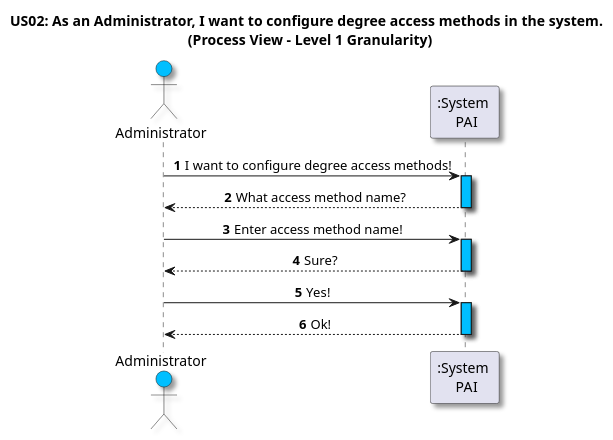
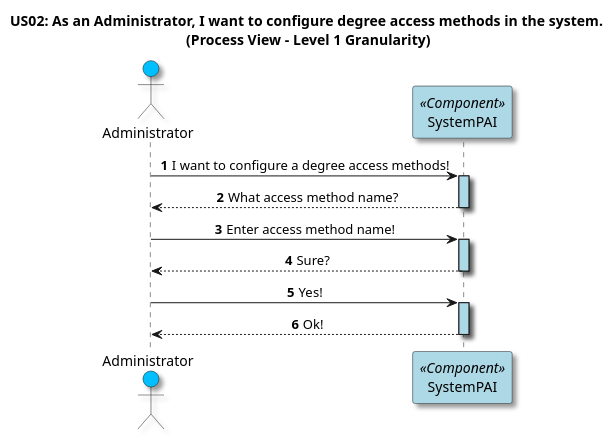
One commit to GasparISEP/DevOps-PAI changed the diagram in docs/US02/Sprint6_RestAPI/ProcessView/Level1Granularity.puml. Above: the diagram before and after it, drawn with PlantUML.

Commit message:
refactor (diagram): Update process view diagram at level 1 granularity for configure AccessMethod (#555, #538)

```diff
--- a/docs/US02/Sprint6_RestAPI/ProcessView/Level1Granularity.puml
+++ b/docs/US02/Sprint6_RestAPI/ProcessView/Level1Granularity.puml
@@ -1,30 +1,33 @@
 @startuml
 
-title US02: As an Administrator, I want to configure degree access methods in the system. \n (Process View - Level 1 Granularity)
+title US02: As an Administrator, I want to configure degree access methods in the system. \n(Process View - Level 1 Granularity)
 
 skinparam defaultTextAlignment center
 skinparam shadowing true
 
 autonumber
 
 actor Administrator as admin #DeepSkyBlue
-participant ":System \n PAI" as System
 
-admin -> System: I want to configure degree access methods!
-activate System #DeepSkyBlue
+
+participant SystemPAI as System <<Component>> #LightBlue
+
+admin -> System: I want to configure a degree access methods!
+activate System #LightBlue
 
 System --> admin: What access method name?
 deactivate System
 
 admin -> System: Enter access method name!
-activate System #DeepSkyBlue
+activate System #LightBlue
 
 System --> admin: Sure?
 deactivate System
 
 admin -> System: Yes!
-activate System #DeepSkyBlue
+activate System #LightBlue
 
 System --> admin: Ok!
 deactivate System
+
 @enduml
```
